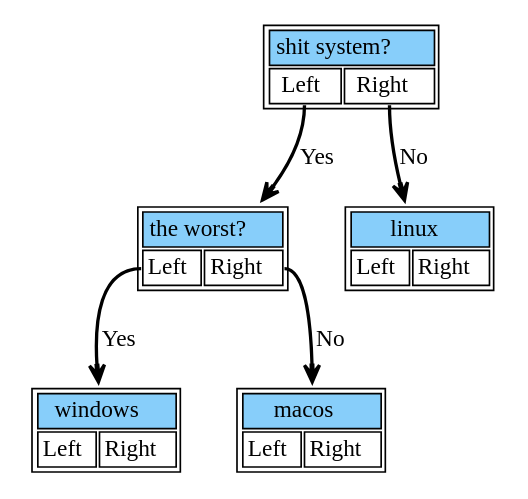
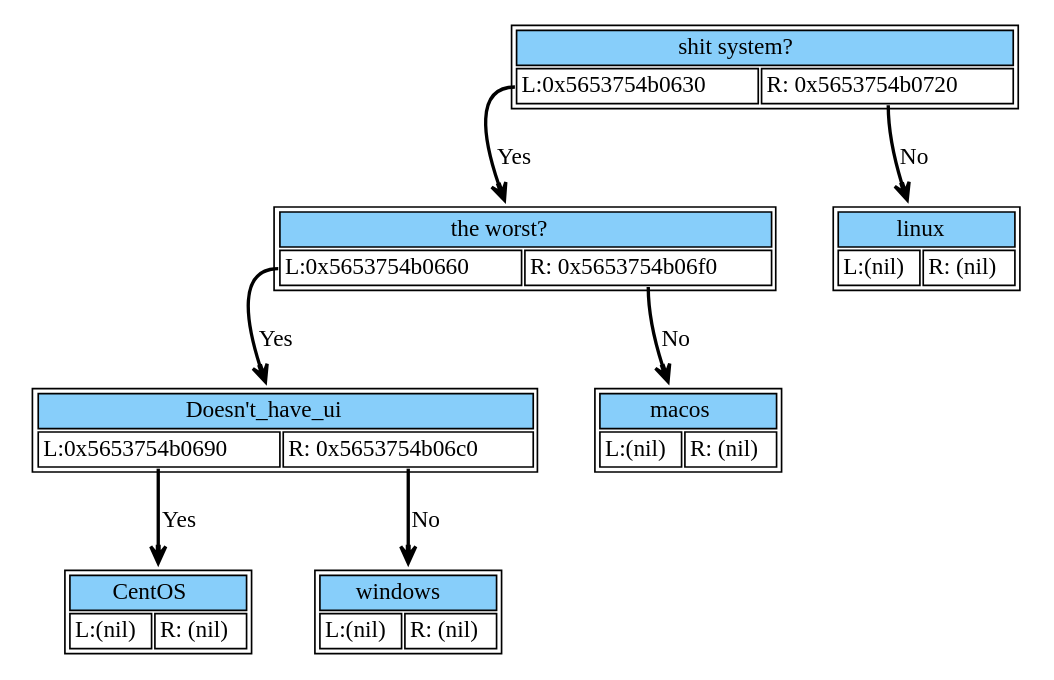
The diagram in dump/dump.dot (Varnike/tree), drawn with Graphviz before and after one commit. The commit also changed 27 other files, not shown here.

```diff
--- a/dump/dump.dot
+++ b/dump/dump.dot
@@ -1,32 +1,44 @@
 digraph dump_graph {
 	rankdir=TV; 
-node0x55708119c350 [shape=plaintext
+node0x5653754b0690 [shape=plaintext
+					label=<<table border='1' cellborder='1'>
+					<tr><td colspan="2" bgcolor="lightskyblue" >CentOS</td></tr>
+					<tr><td port= "lchild">L:(nil)</td><td port="rchild">R: (nil)</td></tr>
+				</table>>];
+node0x5653754b0660 [shape=plaintext
+					label=<<table border='1' cellborder='1'>
+					<tr><td colspan="2" bgcolor="lightskyblue" >Doesn't_have_ui </td></tr>
+					<tr><td port= "lchild">L:0x5653754b0690</td><td port="rchild">R: 0x5653754b06c0</td></tr>
+				</table>>];
+	node0x5653754b0660:lchild -> node0x5653754b0690[style=bold, arrowhead=vee label = "Yes"];
+	node0x5653754b0660:rchild -> node0x5653754b06c0[style=bold, arrowhead=vee label = "No"];
+node0x5653754b06c0 [shape=plaintext
 					label=<<table border='1' cellborder='1'>
 					<tr><td colspan="2" bgcolor="lightskyblue" >windows</td></tr>
-					<tr><td port= "lchild">Left</td><td port="rchild">Right</td></tr>
+					<tr><td port= "lchild">L:(nil)</td><td port="rchild">R: (nil)</td></tr>
 				</table>>];
-node0x55708119c2f0 [shape=plaintext
+node0x5653754b0630 [shape=plaintext
 					label=<<table border='1' cellborder='1'>
-					<tr><td colspan="2" bgcolor="lightskyblue" >the worst?</td></tr>
-					<tr><td port= "lchild">Left</td><td port="rchild">Right</td></tr>
+					<tr><td colspan="2" bgcolor="lightskyblue" >the worst?   </td></tr>
+					<tr><td port= "lchild">L:0x5653754b0660</td><td port="rchild">R: 0x5653754b06f0</td></tr>
 				</table>>];
-	node0x55708119c2f0:lchild -> node0x55708119c350[style=bold, arrowhead=vee label = "Yes"];
-	node0x55708119c2f0:rchild -> node0x55708119c380[style=bold, arrowhead=vee label = "No"];
-node0x55708119c380 [shape=plaintext
+	node0x5653754b0630:lchild -> node0x5653754b0660[style=bold, arrowhead=vee label = "Yes"];
+	node0x5653754b0630:rchild -> node0x5653754b06f0[style=bold, arrowhead=vee label = "No"];
+node0x5653754b06f0 [shape=plaintext
 					label=<<table border='1' cellborder='1'>
 					<tr><td colspan="2" bgcolor="lightskyblue" >macos</td></tr>
-					<tr><td port= "lchild">Left</td><td port="rchild">Right</td></tr>
+					<tr><td port= "lchild">L:(nil)</td><td port="rchild">R: (nil)</td></tr>
 				</table>>];
-node0x55708119beb0 [shape=plaintext
+node0x5653754b0600 [shape=plaintext
 					label=<<table border='1' cellborder='1'>
-					<tr><td colspan="2" bgcolor="lightskyblue" >shit system?</td></tr>
-					<tr><td port= "lchild">Left</td><td port="rchild">Right</td></tr>
+					<tr><td colspan="2" bgcolor="lightskyblue" >shit system?   </td></tr>
+					<tr><td port= "lchild">L:0x5653754b0630</td><td port="rchild">R: 0x5653754b0720</td></tr>
 				</table>>];
-	node0x55708119beb0:lchild -> node0x55708119c2f0[style=bold, arrowhead=vee label = "Yes"];
-	node0x55708119beb0:rchild -> node0x55708119c320[style=bold, arrowhead=vee label = "No"];
-node0x55708119c320 [shape=plaintext
+	node0x5653754b0600:lchild -> node0x5653754b0630[style=bold, arrowhead=vee label = "Yes"];
+	node0x5653754b0600:rchild -> node0x5653754b0720[style=bold, arrowhead=vee label = "No"];
+node0x5653754b0720 [shape=plaintext
 					label=<<table border='1' cellborder='1'>
 					<tr><td colspan="2" bgcolor="lightskyblue" >linux</td></tr>
-					<tr><td port= "lchild">Left</td><td port="rchild">Right</td></tr>
+					<tr><td port= "lchild">L:(nil)</td><td port="rchild">R: (nil)</td></tr>
 				</table>>];
 }
```
